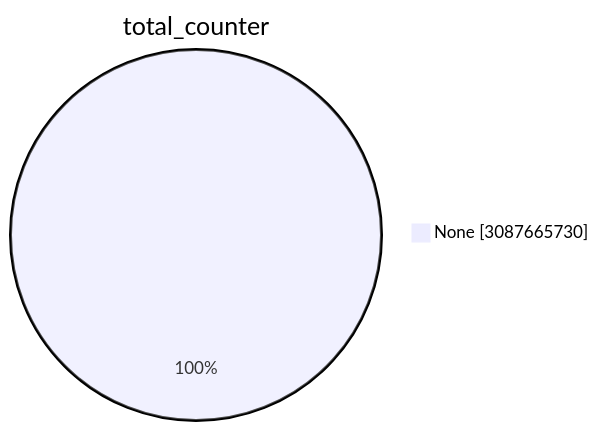
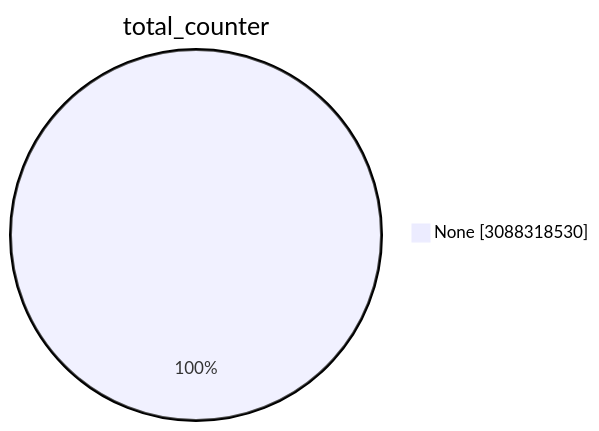
The first of 15 diagrams in TOTAL/README.md (christiankrug/ctmonitor_visualization), drawn with Mermaid before and after one commit. The commit also changed other lines of this file, not shown here.

````diff
--- a/TOTAL/README.md
+++ b/TOTAL/README.md
@@ -1,5 +1,5 @@
 ```mermaid
 pie showData
 title total_counter
-"None" :3087665730
+"None" :3088318530
 ```
````
